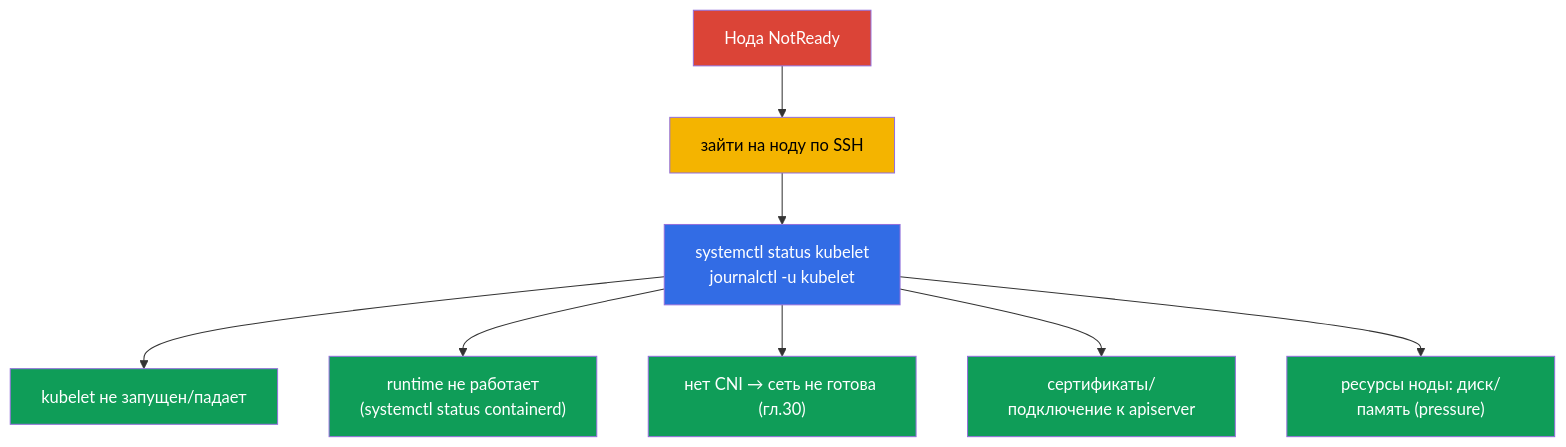
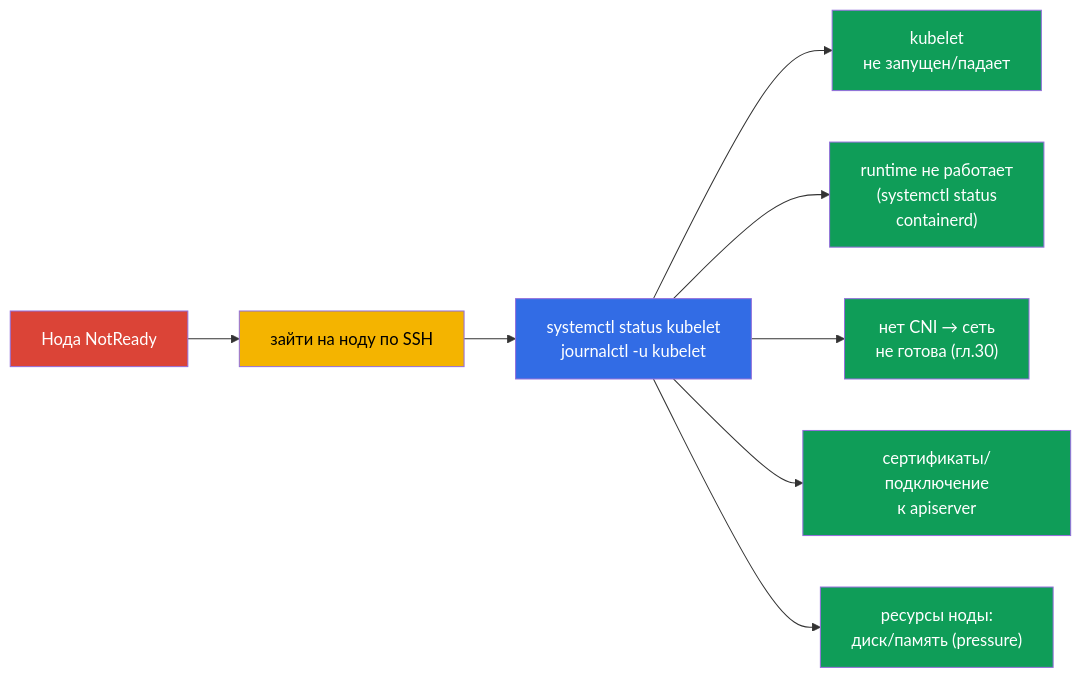
Before and after one commit to ViktorUJ/cks: the fourth of 6 diagrams in tasks/cka/course/45/ru.md, drawn with Mermaid. The commit also changed other lines of this file and 30 other files, not shown here.

````diff
--- a/tasks/cka/course/45/ru.md
+++ b/tasks/cka/course/45/ru.md
@@ -93,18 +93,18 @@
 ```mermaid
-flowchart TB
+flowchart LR
     nr["Нода NotReady"] --> ssh["зайти на ноду по SSH"]
     ssh --> kubelet["systemctl status kubelet<br>journalctl -u kubelet"]
-    kubelet --> c1["kubelet не запущен/падает"]
-    kubelet --> c2["runtime не работает<br>(systemctl status containerd)"]
-    kubelet --> c3["нет CNI → сеть не готова (гл.30)"]
-    kubelet --> c4["сертификаты/подключение к apiserver"]
-    kubelet --> c5["ресурсы ноды: диск/память (pressure)"]
+    kubelet --> c1["kubelet<br>не запущен/падает"]
+    kubelet --> c2["runtime не работает<br>(systemctl status<br>containerd)"]
+    kubelet --> c3["нет CNI → сеть<br>не готова (гл.30)"]
+    kubelet --> c4["сертификаты/подключение<br>к apiserver"]
+    kubelet --> c5["ресурсы ноды:<br>диск/память (pressure)"]
     style nr fill:#db4437,color:#fff
     style ssh fill:#f4b400,color:#000
     style kubelet fill:#326ce5,color:#fff
     style c1 fill:#0f9d58,color:#fff
     style c2 fill:#0f9d58,color:#fff
     style c3 fill:#0f9d58,color:#fff
     style c4 fill:#0f9d58,color:#fff
     style c5 fill:#0f9d58,color:#fff
 ```
````
